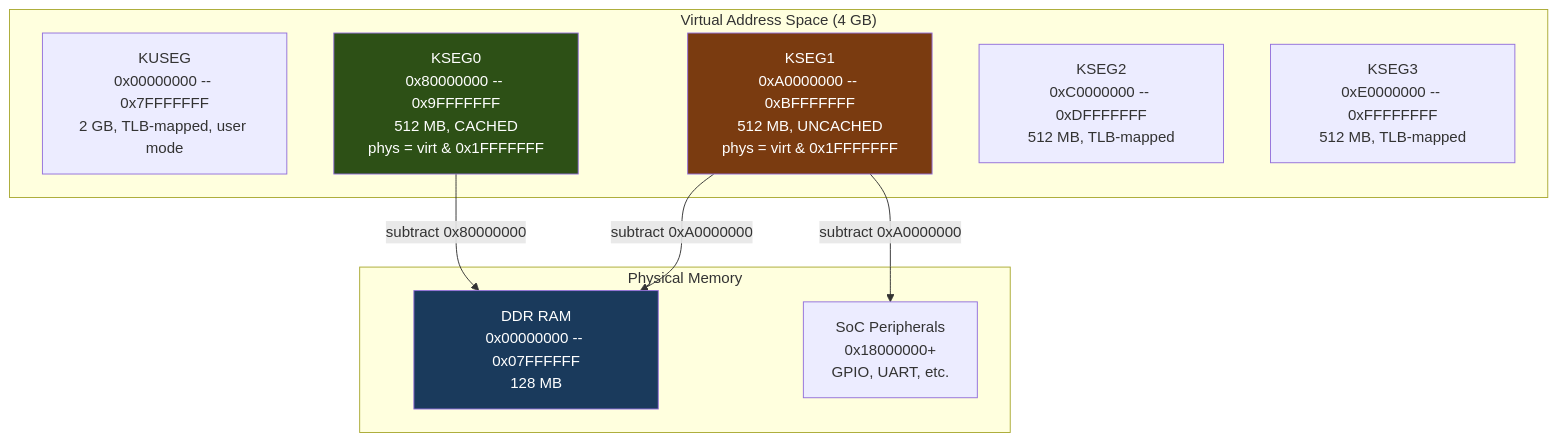
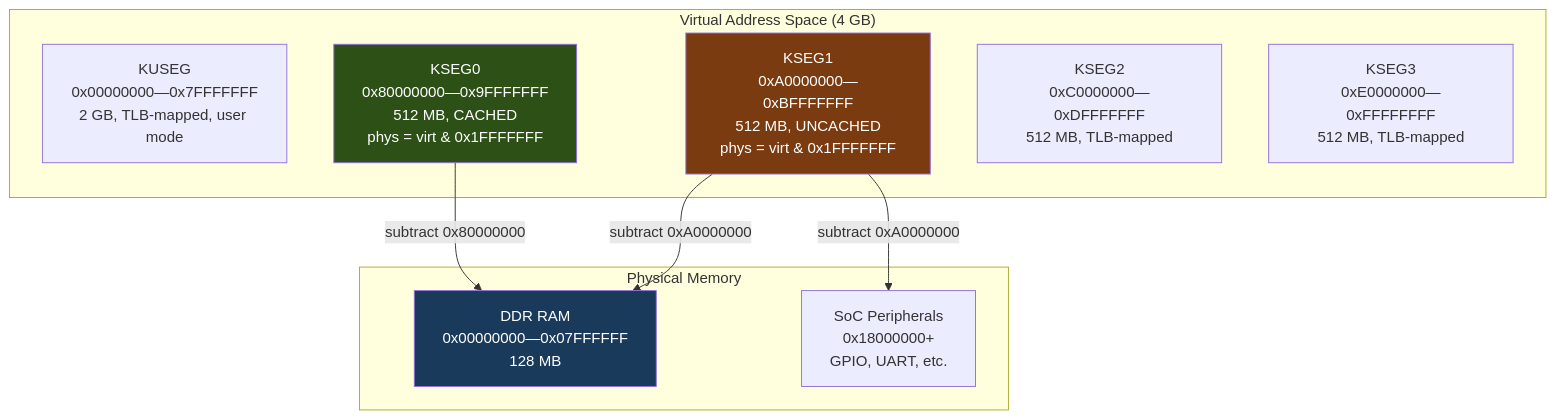
Before and after one commit to bsikar/mr18-openwrt: the diagram in docs/technical/mips-memory-model.md, drawn with Mermaid. The commit also changed other lines of this file and 38 other files, not shown here.

````diff
--- a/docs/technical/mips-memory-model.md
+++ b/docs/technical/mips-memory-model.md
@@ -35,23 +35,23 @@
 ```mermaid
 graph TB
     subgraph "Virtual Address Space (4 GB)"
-        KUSEG["KUSEG<br>0x00000000 -- 0x7FFFFFFF<br>2 GB, TLB-mapped, user mode"]
-        KSEG0["KSEG0<br>0x80000000 -- 0x9FFFFFFF<br>512 MB, CACHED<br>phys = virt & 0x1FFFFFFF"]
-        KSEG1["KSEG1<br>0xA0000000 -- 0xBFFFFFFF<br>512 MB, UNCACHED<br>phys = virt & 0x1FFFFFFF"]
-        KSEG2["KSEG2<br>0xC0000000 -- 0xDFFFFFFF<br>512 MB, TLB-mapped"]
-        KSEG3["KSEG3<br>0xE0000000 -- 0xFFFFFFFF<br>512 MB, TLB-mapped"]
+        KUSEG["KUSEG<br>0x00000000—0x7FFFFFFF<br>2 GB, TLB-mapped, user mode"]
+        KSEG0["KSEG0<br>0x80000000—0x9FFFFFFF<br>512 MB, CACHED<br>phys = virt & 0x1FFFFFFF"]
+        KSEG1["KSEG1<br>0xA0000000—0xBFFFFFFF<br>512 MB, UNCACHED<br>phys = virt & 0x1FFFFFFF"]
+        KSEG2["KSEG2<br>0xC0000000—0xDFFFFFFF<br>512 MB, TLB-mapped"]
+        KSEG3["KSEG3<br>0xE0000000—0xFFFFFFFF<br>512 MB, TLB-mapped"]
     end
 
     subgraph "Physical Memory"
-        PHYS_RAM["DDR RAM<br>0x00000000 -- 0x07FFFFFF<br>128 MB"]
+        PHYS_RAM["DDR RAM<br>0x00000000—0x07FFFFFF<br>128 MB"]
         PHYS_MMIO["SoC Peripherals<br>0x18000000+<br>GPIO, UART, etc."]
     end
 
     KSEG0 -- "subtract 0x80000000" --> PHYS_RAM
     KSEG1 -- "subtract 0xA0000000" --> PHYS_RAM
     KSEG1 -- "subtract 0xA0000000" --> PHYS_MMIO
 
     style KSEG0 fill:#2d5016,color:#fff
     style KSEG1 fill:#7a3b10,color:#fff
     style PHYS_RAM fill:#1a3a5c,color:#fff
 ```
````
